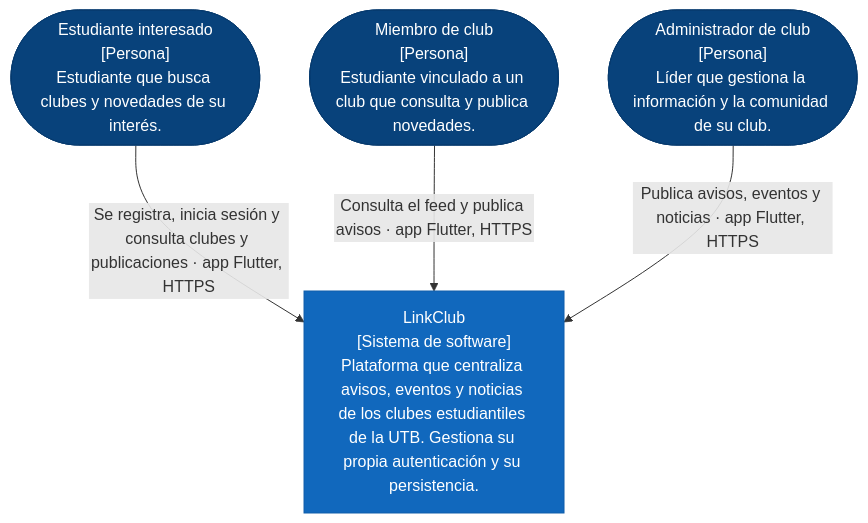
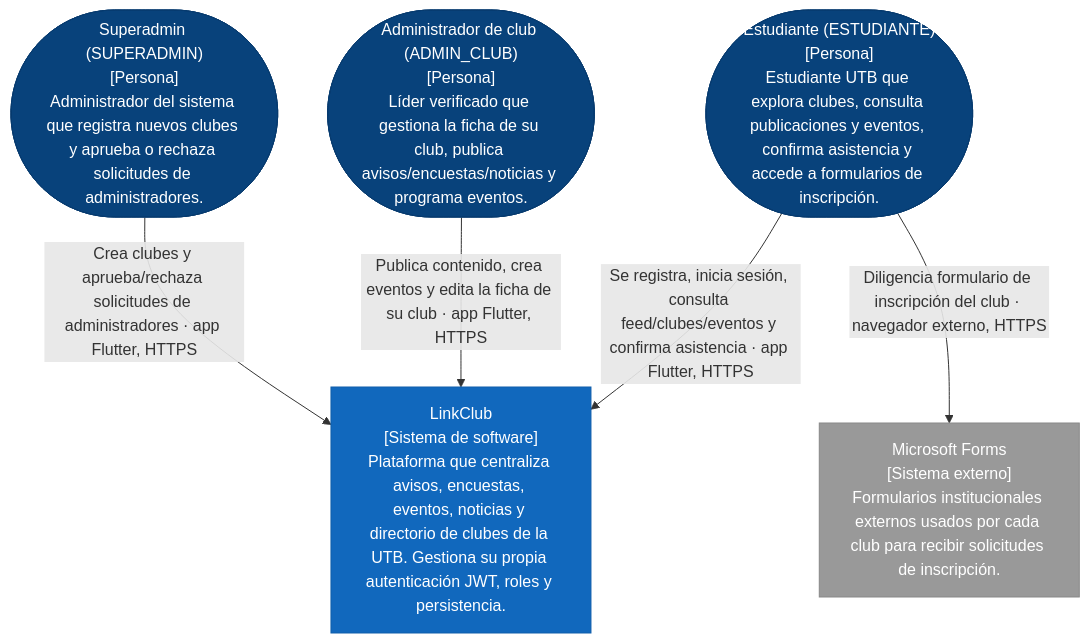
One commit to ISCOUTB/AS_202620_Clubs_UTB changed the first of 3 diagrams in docs/c4/contexto.md. Above: the diagram before and after it, drawn with Mermaid. The commit also changed other lines of this file and 42 other files, not shown here.

````diff
--- a/docs/c4/contexto.md
+++ b/docs/c4/contexto.md
@@ -8,15 +7,19 @@
 ```mermaid
 graph TD
     classDef persona fill:#08427B,stroke:#073B6F,color:#fff;
     classDef sistema fill:#1168BD,stroke:#105EAB,color:#fff;
+    classDef externo fill:#999999,stroke:#888888,color:#fff;
 
-    EI(["Estudiante interesado<br/>[Persona]<br/>Estudiante que busca clubes y novedades de su interés."]):::persona
-    MC(["Miembro de club<br/>[Persona]<br/>Estudiante vinculado a un club que consulta y publica novedades."]):::persona
-    AC(["Administrador de club<br/>[Persona]<br/>Líder que gestiona la información y la comunidad de su club."]):::persona
+    EST(["Estudiante (ESTUDIANTE)<br/>[Persona]<br/>Estudiante UTB que explora clubes, consulta publicaciones y eventos, confirma asistencia y accede a formularios de inscripción."]):::persona
+    ADM(["Administrador de club (ADMIN_CLUB)<br/>[Persona]<br/>Líder verificado que gestiona la ficha de su club, publica avisos/encuestas/noticias y programa eventos."]):::persona
+    SUP(["Superadmin (SUPERADMIN)<br/>[Persona]<br/>Administrador del sistema que registra nuevos clubes y aprueba o rechaza solicitudes de administradores."]):::persona
 
-    SYS["LinkClub<br/>[Sistema de software]<br/>Plataforma que centraliza avisos, eventos y noticias de los clubes estudiantiles de la UTB. Gestiona su propia autenticación y su persistencia."]:::sistema
+    SYS["LinkClub<br/>[Sistema de software]<br/>Plataforma que centraliza avisos, encuestas, eventos, noticias y directorio de clubes de la UTB. Gestiona su propia autenticación JWT, roles y persistencia."]:::sistema
 
-    EI -->|"Se registra, inicia sesión y consulta clubes y publicaciones · app Flutter, HTTPS"| SYS
-    MC -->|"Consulta el feed y publica avisos · app Flutter, HTTPS"| SYS
-    AC -->|"Publica avisos, eventos y noticias · app Flutter, HTTPS"| SYS
+    FORMS["Microsoft Forms<br/>[Sistema externo]<br/>Formularios institucionales externos usados por cada club para recibir solicitudes de inscripción."]:::externo
+
+    EST -->|"Se registra, inicia sesión, consulta feed/clubes/eventos y confirma asistencia · app Flutter, HTTPS"| SYS
+    ADM -->|"Publica contenido, crea eventos y edita la ficha de su club · app Flutter, HTTPS"| SYS
+    SUP -->|"Crea clubes y aprueba/rechaza solicitudes de administradores · app Flutter, HTTPS"| SYS
+    EST -->|"Diligencia formulario de inscripción del club · navegador externo, HTTPS"| FORMS
 ```
````
